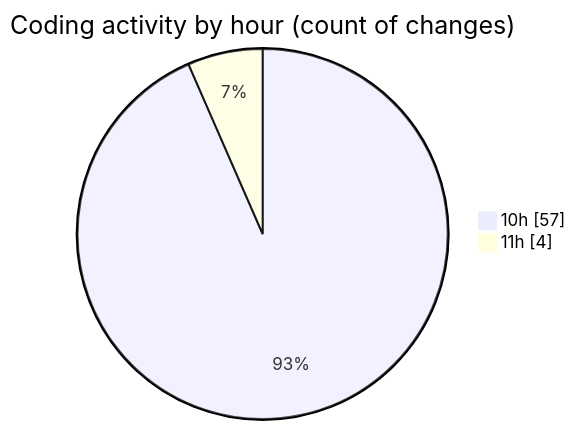
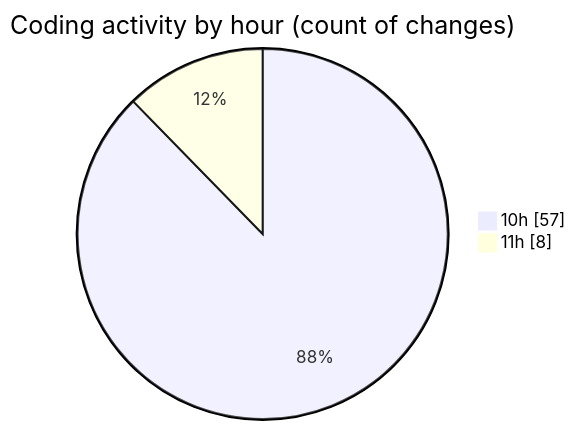
One commit to LanceThiago/code-tracking changed the second of 2 diagrams in 2025-01-13/nueva_carpeta/README.md. Above: the diagram before and after it, drawn with Mermaid. The commit also changed other lines of this file and 1 other file, not shown here.

````diff
--- a/2025-01-13/nueva_carpeta/README.md
+++ b/2025-01-13/nueva_carpeta/README.md
@@ -28,6 +28,6 @@
 ```mermaid
 pie showData
 title Coding activity by hour (count of changes)
 "10h" : 57
-"11h" : 4
+"11h" : 8
 ```
````
